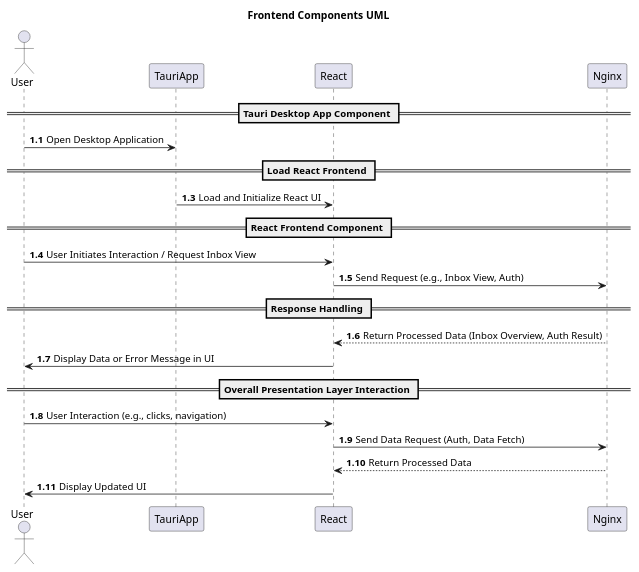
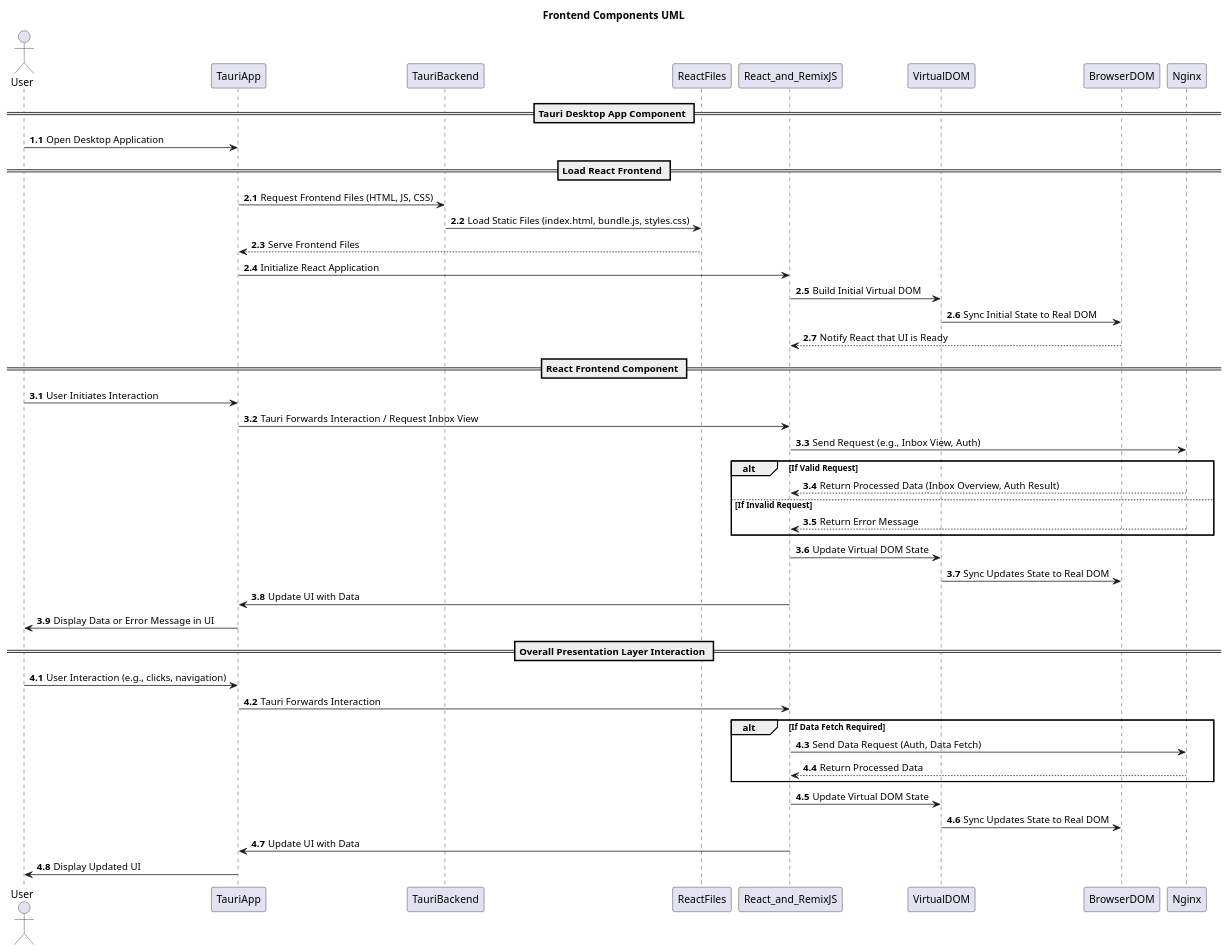
The diagram in docs/x.puml (EmailEssence/EmailEssence.github.io), drawn with PlantUML before and after one commit.

Commit message:
Finalized UML for frontend components Co-authored-by: emmamelkumian

```diff
--- a/docs/x.puml
+++ b/docs/x.puml
@@ -1,29 +1,49 @@
 @startuml
 title Frontend Components UML
 
 autonumber 1.1
 
 actor User as Instance
 
 == Tauri Desktop App Component ==
 Instance -> TauriApp : Open Desktop Application
 
 == Load React Frontend ==
-autonumber inc B
-TauriApp -> React : Load and Initialize React UI
+autonumber 2.1
+TauriApp -> TauriBackend : Request Frontend Files (HTML, JS, CSS)
+TauriBackend -> ReactFiles : Load Static Files (index.html, bundle.js, styles.css)
+ReactFiles --> TauriApp : Serve Frontend Files
+TauriApp -> React_and_RemixJS : Initialize React Application
+React_and_RemixJS -> VirtualDOM : Build Initial Virtual DOM
+VirtualDOM -> BrowserDOM : Sync Initial State to Real DOM
+BrowserDOM --> React_and_RemixJS : Notify React that UI is Ready
 
 == React Frontend Component ==
-Instance -> React : User Initiates Interaction / Request Inbox View
-React -> Nginx : Send Request (e.g., Inbox View, Auth)
-
-== Response Handling ==
-Nginx --> React : Return Processed Data (Inbox Overview, Auth Result)
-React -> Instance : Display Data or Error Message in UI
+autonumber 3.1
+Instance -> TauriApp : User Initiates Interaction 
+TauriApp -> React_and_RemixJS : Tauri Forwards Interaction / Request Inbox View
+React_and_RemixJS -> Nginx : Send Request (e.g., Inbox View, Auth)
+alt If Valid Request
+    Nginx --> React_and_RemixJS : Return Processed Data (Inbox Overview, Auth Result)
+else If Invalid Request
+    Nginx --> React_and_RemixJS : Return Error Message
+end
+React_and_RemixJS -> VirtualDOM: Update Virtual DOM State
+VirtualDOM -> BrowserDOM : Sync Updates State to Real DOM 
+React_and_RemixJS -> TauriApp : Update UI with Data
+TauriApp -> Instance : Display Data or Error Message in UI
 
 == Overall Presentation Layer Interaction ==
-Instance -> React : User Interaction (e.g., clicks, navigation)
-React -> Nginx : Send Data Request (Auth, Data Fetch)
-Nginx --> React : Return Processed Data
-React -> Instance : Display Updated UI
+autonumber 4.1
+Instance -> TauriApp : User Interaction (e.g., clicks, navigation)
+TauriApp -> React_and_RemixJS : Tauri Forwards Interaction
+alt If Data Fetch Required
+    React_and_RemixJS -> Nginx : Send Data Request (Auth, Data Fetch)
+    Nginx --> React_and_RemixJS : Return Processed Data
+end
+React_and_RemixJS -> VirtualDOM: Update Virtual DOM State
+VirtualDOM -> BrowserDOM : Sync Updates State to Real DOM 
+React_and_RemixJS -> TauriApp : Update UI with Data
+TauriApp -> Instance : Display Updated UI
 
 @enduml
```
